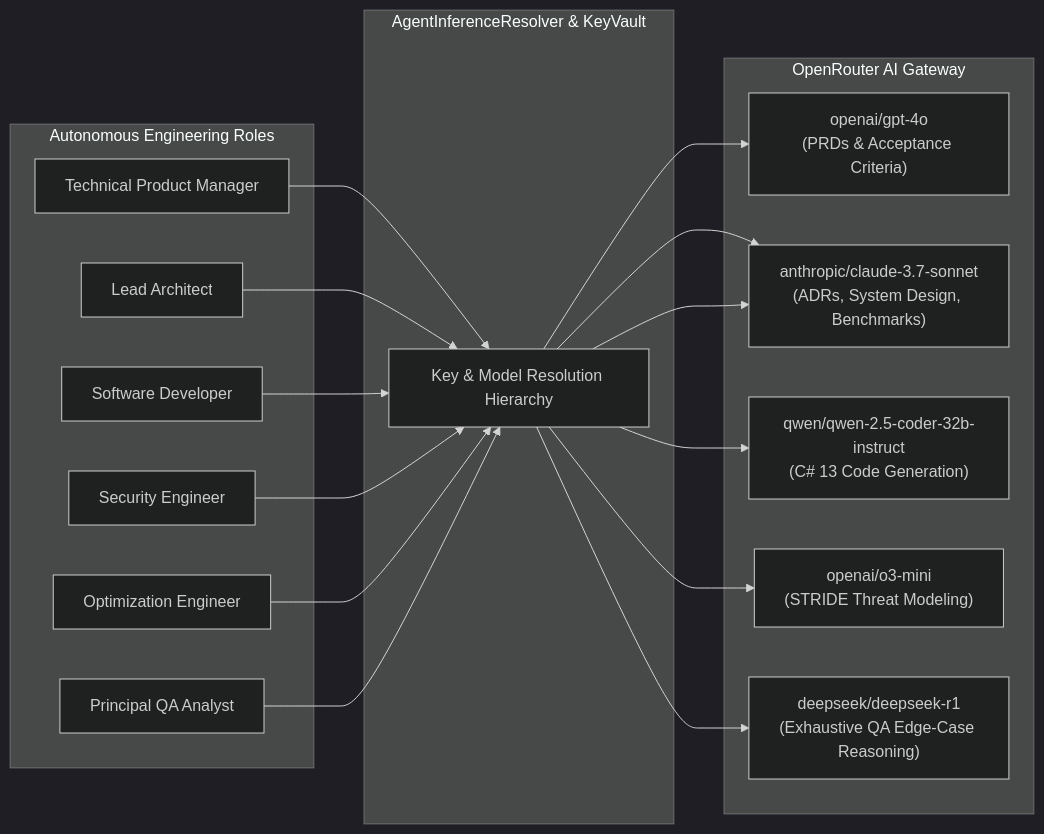
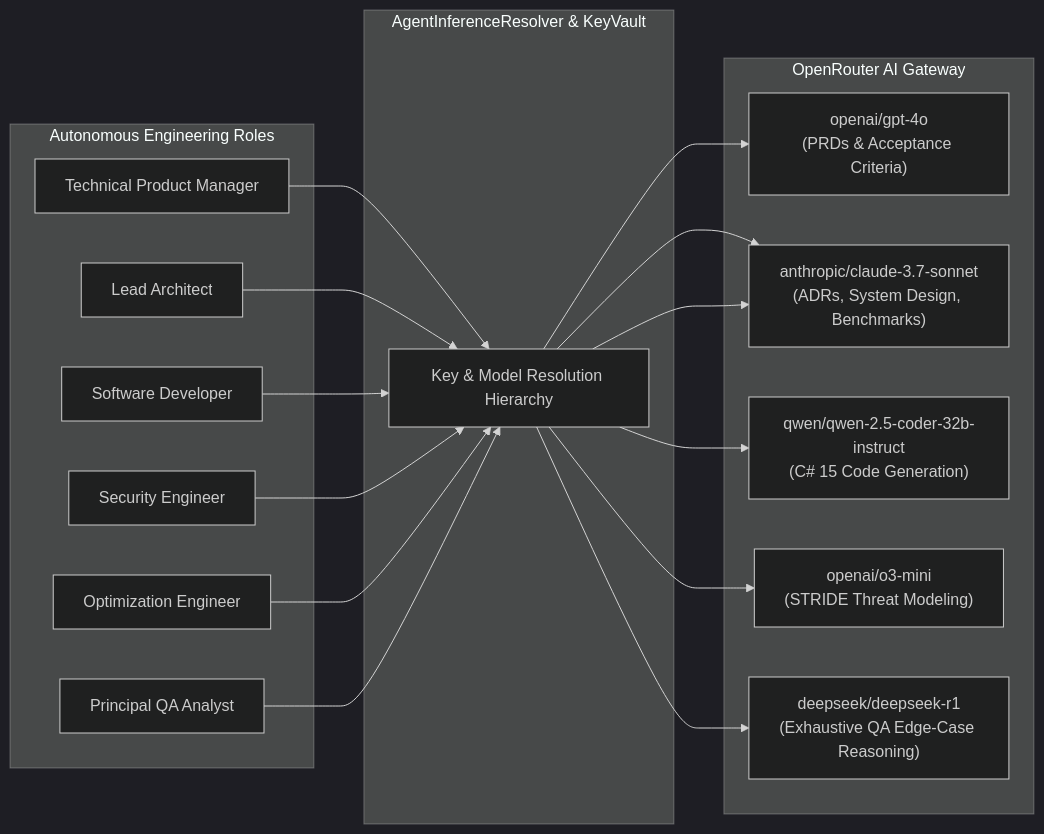
The diagram in docs/architecture/inference-and-security.md (chadahoochie/carnot-cycle-circus), drawn with Mermaid (dark theme) before and after one commit. The commit also changed other lines of this file and 80 other files, not shown here.

````diff
--- a/docs/architecture/inference-and-security.md
+++ b/docs/architecture/inference-and-security.md
@@ -13,30 +13,30 @@
 ```mermaid
 graph LR
     subgraph Agents ["Autonomous Engineering Roles"]
         TPM["Technical Product Manager"]
         Arch["Lead Architect"]
         Dev["Software Developer"]
         Sec["Security Engineer"]
         Opt["Optimization Engineer"]
         QA["Principal QA Analyst"]
     end
 
     subgraph Resolver ["AgentInferenceResolver & KeyVault"]
         ResolverLogic["Key & Model Resolution Hierarchy"]
     end
 
     subgraph OpenRouter ["OpenRouter AI Gateway"]
         M1["openai/gpt-4o<br/>(PRDs & Acceptance Criteria)"]
         M2["anthropic/claude-3.7-sonnet<br/>(ADRs, System Design, Benchmarks)"]
-        M3["qwen/qwen-2.5-coder-32b-instruct<br/>(C# 13 Code Generation)"]
+        M3["qwen/qwen-2.5-coder-32b-instruct<br/>(C# 15 Code Generation)"]
         M4["openai/o3-mini<br/>(STRIDE Threat Modeling)"]
         M5["deepseek/deepseek-r1<br/>(Exhaustive QA Edge-Case Reasoning)"]
     end
 
     TPM --> ResolverLogic --> M1
     Arch --> ResolverLogic --> M2
     Dev --> ResolverLogic --> M3
     Sec --> ResolverLogic --> M4
     Opt --> ResolverLogic --> M2
     QA --> ResolverLogic --> M5
 ```
````
